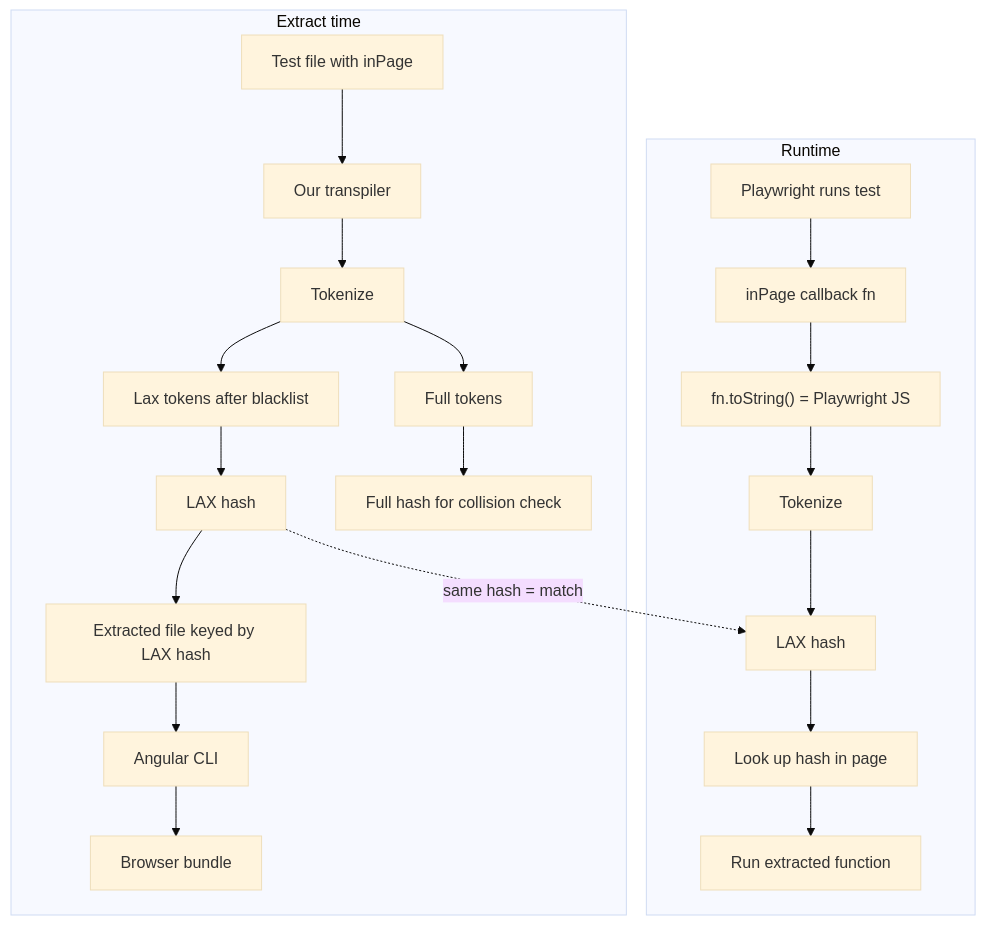
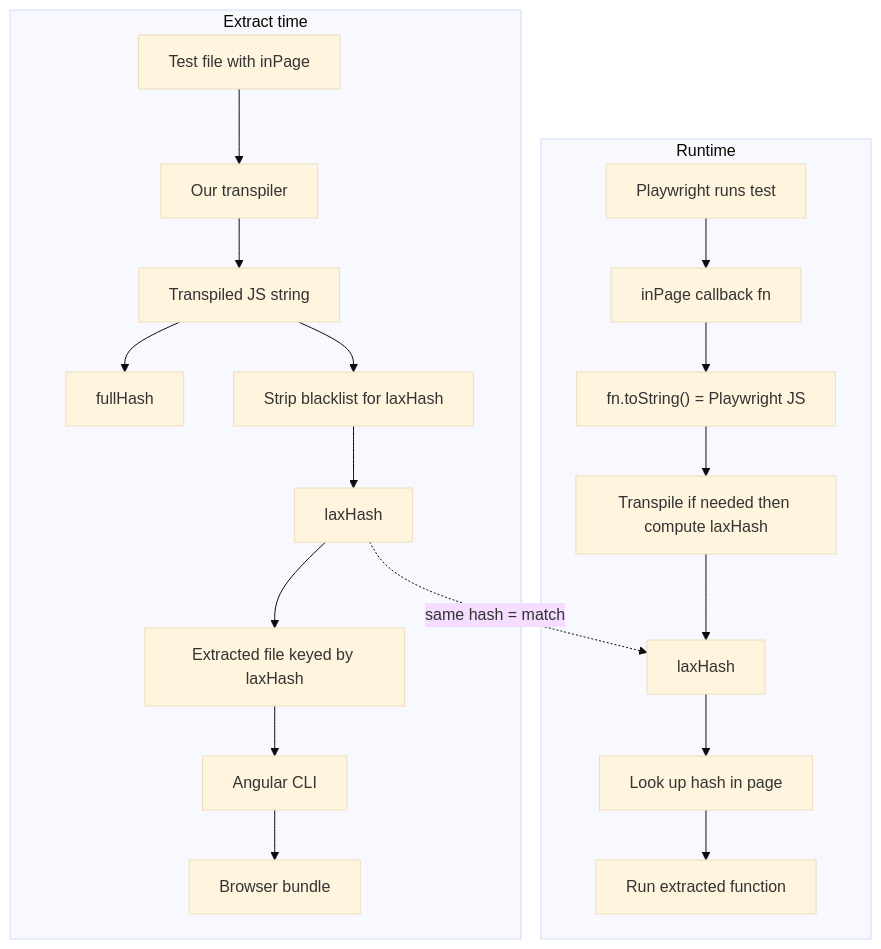
Before and after one commit to testronaut/testronaut: the second of 2 diagrams in specs/lax-approach.md, drawn with Mermaid (base theme). The commit also changed other lines of this file and 7 other files, not shown here.

````diff
--- a/specs/lax-approach.md
+++ b/specs/lax-approach.md
@@ -115,33 +107,31 @@
 ```mermaid
 flowchart TB
   subgraph extract [Extract time]
     A1[Test file with inPage]
     A2[Our transpiler]
-    A3[Tokenize]
-    A4[Full tokens]
-    A5[Lax tokens after blacklist]
-    A6[LAX hash]
-    A7[Full hash for collision check]
-    A8[Extracted file keyed by LAX hash]
-    A9[Angular CLI]
-    A10[Browser bundle]
-    A1 --> A2 --> A3 --> A4
-    A3 --> A5
-    A4 --> A7
-    A5 --> A6
-    A6 --> A8 --> A9 --> A10
+    A3[Transpiled JS string]
+    A4[fullHash]
+    A5[Strip blacklist for laxHash]
+    A6[laxHash]
+    A7[Extracted file keyed by laxHash]
+    A8[Angular CLI]
+    A9[Browser bundle]
+    A1 --> A2 --> A3
+    A3 --> A4
+    A3 --> A5 --> A6
+    A6 --> A7 --> A8 --> A9
   end
 
   subgraph runtime [Runtime]
     B1[Playwright runs test]
     B2[inPage callback fn]
     B3["fn.toString() = Playwright JS"]
-    B4[Tokenize]
-    B5[LAX hash]
+    B4[Transpile if needed then compute laxHash]
+    B5[laxHash]
     B6[Look up hash in page]
     B7[Run extracted function]
     B1 --> B2 --> B3 --> B4 --> B5 --> B6 --> B7
   end
 
   A6 -.->|"same hash = match"| B5
 ```
````
